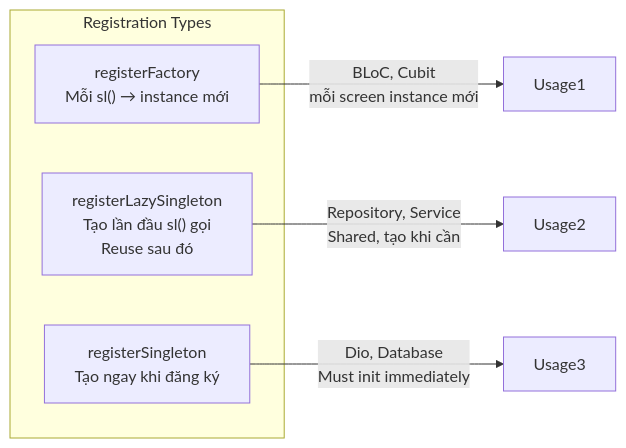
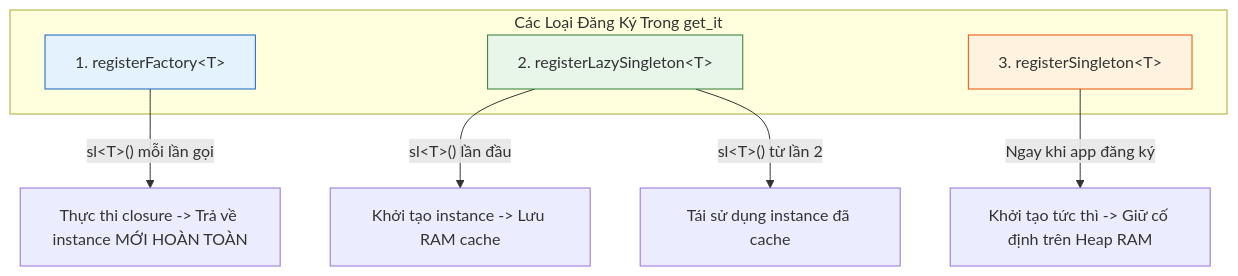
The first of 2 diagrams in flutter-intermediate/04-clean-architecture/04-dependency-injection-get-it.md (tr4n/learn-flutter), drawn with Mermaid before and after one commit. The commit also changed other lines of this file and 12 other files, not shown here.

````diff
--- a/flutter-intermediate/04-clean-architecture/04-dependency-injection-get-it.md
+++ b/flutter-intermediate/04-clean-architecture/04-dependency-injection-get-it.md
@@ -41,12 +116,17 @@
 ```mermaid
-flowchart LR
-    subgraph Types ["Registration Types"]
-        F["registerFactory\nMỗi sl() → instance mới"]
-        LS["registerLazySingleton\nTạo lần đầu sl() gọi\nReuse sau đó"]
-        S["registerSingleton\nTạo ngay khi đăng ký"]
+flowchart TD
+    subgraph RegistrationTypes ["Các Loại Đăng Ký Trong get_it"]
+        F["1. registerFactory&lt;T&gt;"]
+        LS["2. registerLazySingleton&lt;T&gt;"]
+        S["3. registerSingleton&lt;T&gt;"]
     end
 
-    F -->|"BLoC, Cubit\nmỗi screen instance mới"| Usage1
-    LS -->|"Repository, Service\nShared, tạo khi cần"| Usage2
-    S -->|"Dio, Database\nMust init immediately"| Usage3
+    F -->|"sl&lt;T&gt;() mỗi lần gọi"| F_ACT["Thực thi closure -> Trả về instance MỚI HOÀN TOÀN"]
+    LS -->|"sl&lt;T&gt;() lần đầu"| LS_INIT["Khởi tạo instance -> Lưu RAM cache"]
+    LS -->|"sl&lt;T&gt;() từ lần 2"| LS_REUSE["Tái sử dụng instance đã cache"]
+    S -->|"Ngay khi app đăng ký"| S_ACT["Khởi tạo tức thì -> Giữ cố định trên Heap RAM"]
+
+    style F fill:#e3f2fd,stroke:#1565c0
+    style LS fill:#e8f5e9,stroke:#2e7d32
+    style S fill:#fff3e0,stroke:#e65100
 ```
````
